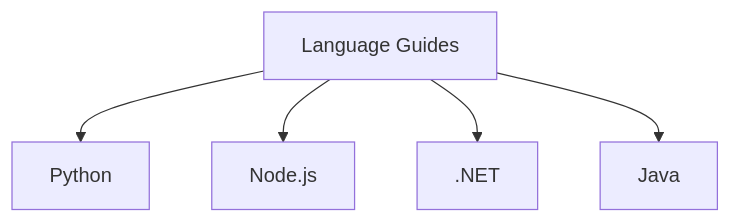
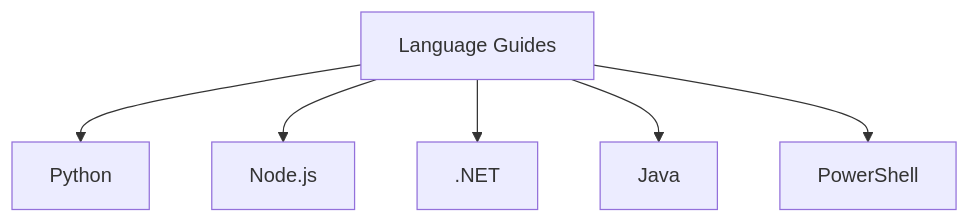
One commit to yeongseon/azure-functions-practical-guide changed the diagram in docs/language-guides/index.md. Above: the diagram before and after it, drawn with Mermaid. The commit also changed other lines of this file and 110 other files, not shown here.

````diff
--- a/docs/language-guides/index.md
+++ b/docs/language-guides/index.md
@@ -31,7 +34,8 @@
 ```mermaid
 flowchart TD
     LG[Language Guides] --> P[Python]
     LG --> N[Node.js]
     LG --> D[.NET]
     LG --> J[Java]
+    LG --> PS[PowerShell]
 ```
````
